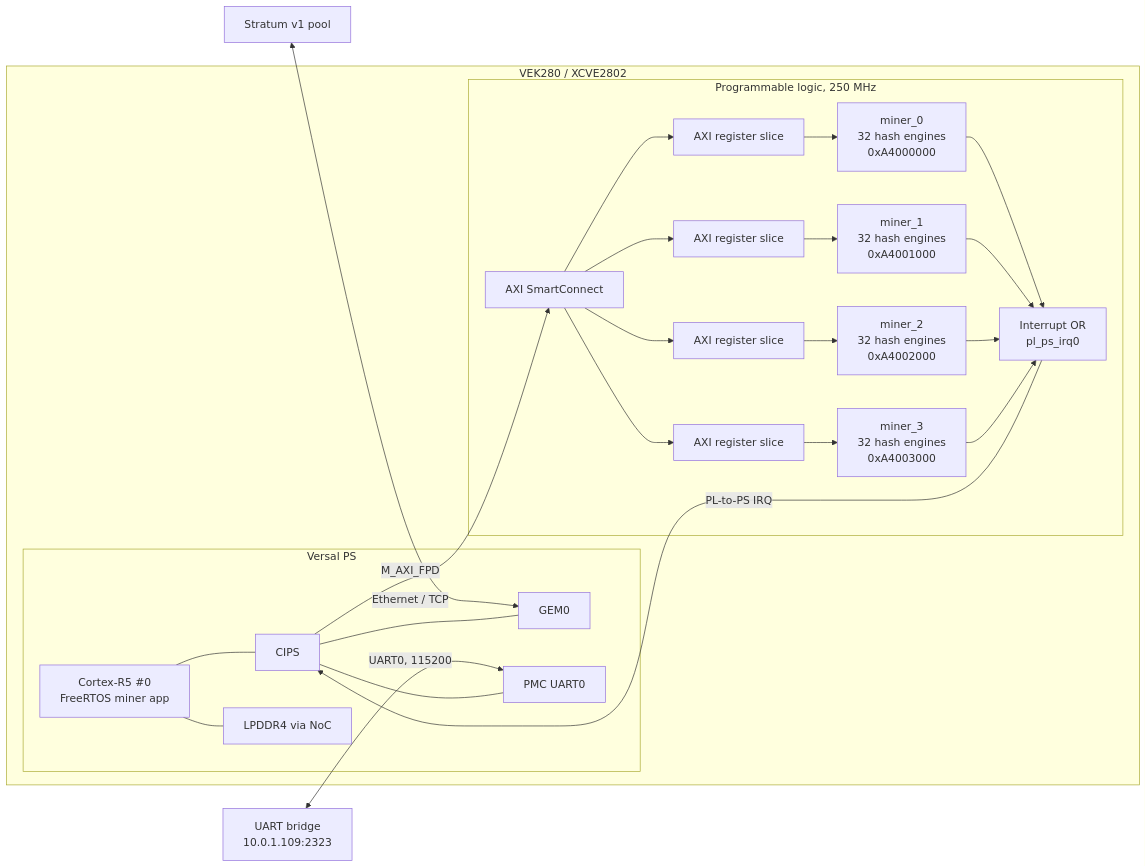
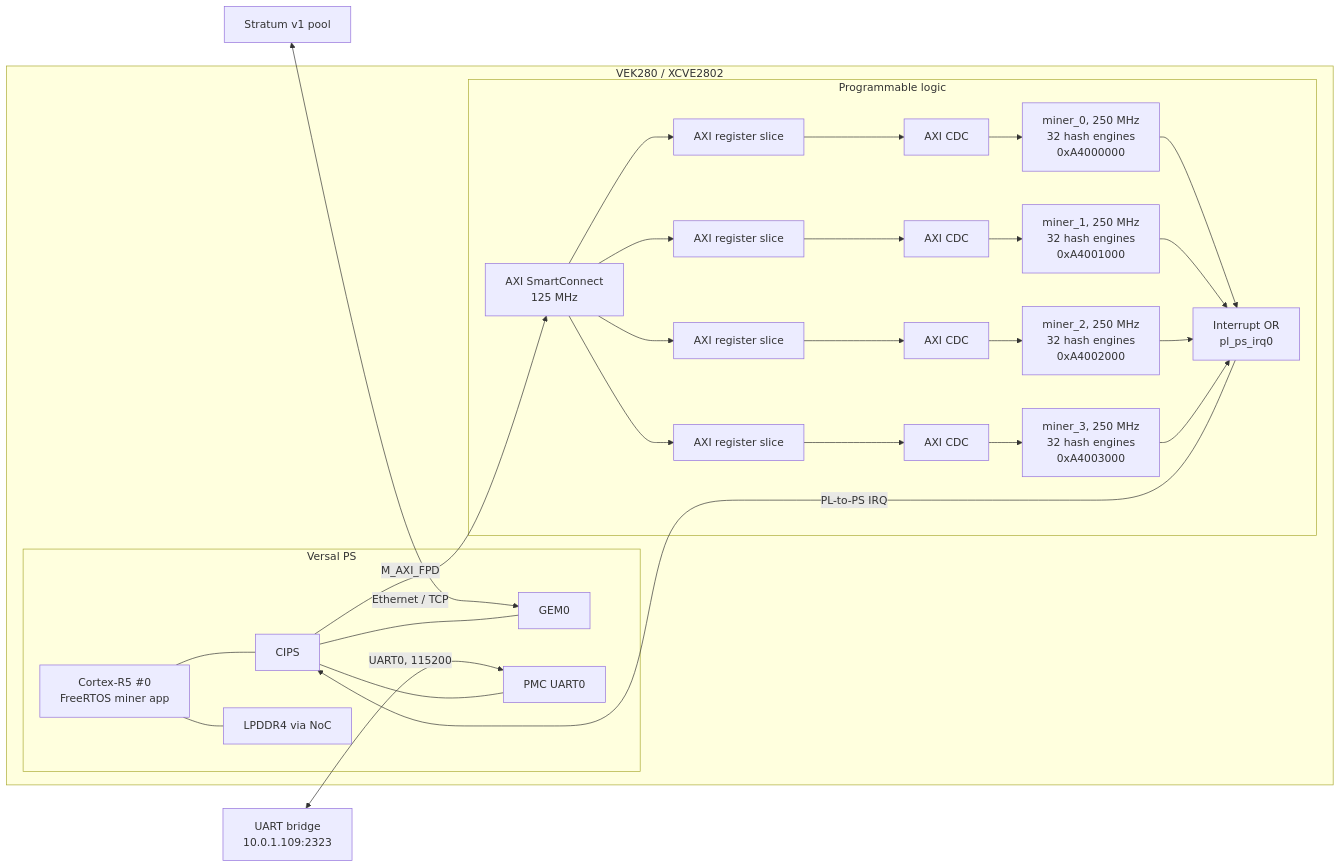
One commit to GhlHub/vek280_bitcoin_miner changed the diagram in doc/theory_of_operation.md. Above: the diagram before and after it, drawn with Mermaid. The commit also changed other lines of this file and 5 other files, not shown here.

````diff
--- a/doc/theory_of_operation.md
+++ b/doc/theory_of_operation.md
@@ -28,44 +30,48 @@
 ```mermaid
 flowchart LR
     pool["Stratum v1 pool"] <-- "Ethernet / TCP" --> gem
     uart_host["UART bridge\n10.0.1.109:2323"] <-- "UART0, 115200" --> uart
 
     subgraph vek["VEK280 / XCVE2802"]
         subgraph ps["Versal PS"]
             cips["CIPS"]
             r5["Cortex-R5 #0\nFreeRTOS miner app"]
             gem["GEM0"]
             uart["PMC UART0"]
             ddr["LPDDR4 via NoC"]
             r5 --- cips
             r5 --- ddr
             cips --- gem
             cips --- uart
         end
 
-        subgraph pl["Programmable logic, 250 MHz"]
-            smc["AXI SmartConnect"]
+        subgraph pl["Programmable logic"]
+            smc["AXI SmartConnect\n125 MHz"]
             rs0["AXI register slice"]
             rs1["AXI register slice"]
             rs2["AXI register slice"]
             rs3["AXI register slice"]
-            m0["miner_0\n32 hash engines\n0xA4000000"]
-            m1["miner_1\n32 hash engines\n0xA4001000"]
-            m2["miner_2\n32 hash engines\n0xA4002000"]
-            m3["miner_3\n32 hash engines\n0xA4003000"]
+            cdc0["AXI CDC"]
+            cdc1["AXI CDC"]
+            cdc2["AXI CDC"]
+            cdc3["AXI CDC"]
+            m0["miner_0, 250 MHz\n32 hash engines\n0xA4000000"]
+            m1["miner_1, 250 MHz\n32 hash engines\n0xA4001000"]
+            m2["miner_2, 250 MHz\n32 hash engines\n0xA4002000"]
+            m3["miner_3, 250 MHz\n32 hash engines\n0xA4003000"]
             irq["Interrupt OR\npl_ps_irq0"]
 
-            smc --> rs0 --> m0
-            smc --> rs1 --> m1
-            smc --> rs2 --> m2
-            smc --> rs3 --> m3
+            smc --> rs0 --> cdc0 --> m0
+            smc --> rs1 --> cdc1 --> m1
+            smc --> rs2 --> cdc2 --> m2
+            smc --> rs3 --> cdc3 --> m3
             m0 --> irq
             m1 --> irq
             m2 --> irq
             m3 --> irq
         end
 
         cips -->|"M_AXI_FPD"| smc
         irq -->|"PL-to-PS IRQ"| cips
     end
 ```
````
